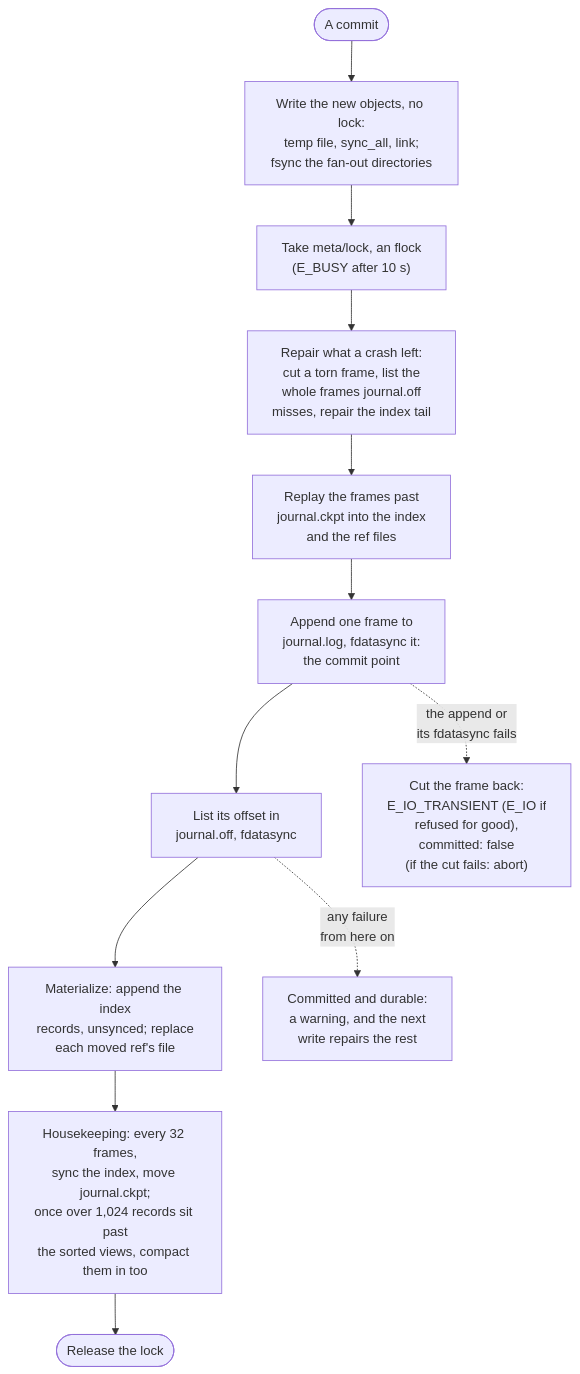
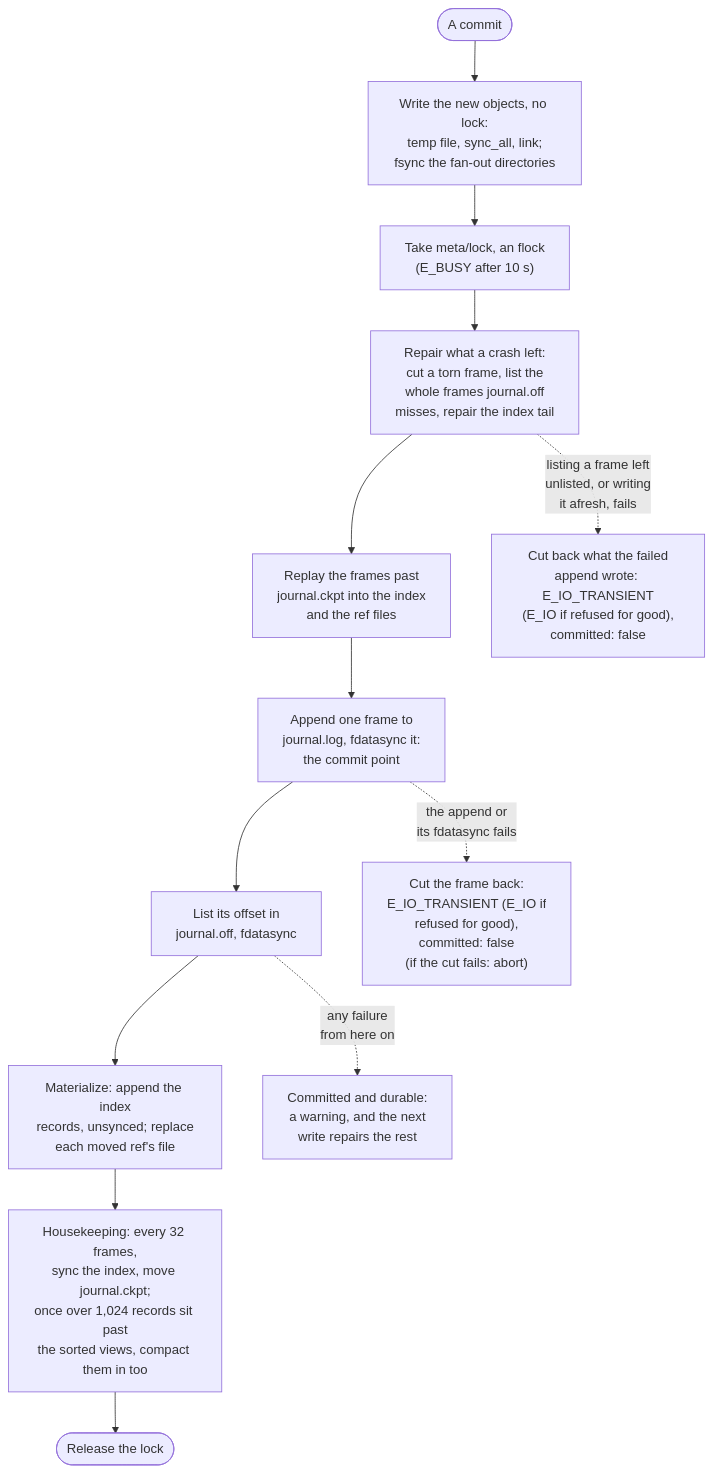
Before and after one commit to KeiaiLab/SwarmOps: the second of 3 diagrams in docs/architecture.md, drawn with Mermaid. The commit also changed other lines of this file and 1 other file, not shown here.

First line of the commit message:
docs: the documents Steps 2b and 2c left behind, the landing check's abort and the tail check's failed listing

````diff
--- a/docs/architecture.md
+++ b/docs/architecture.md
@@ -199,14 +199,15 @@
 ```mermaid
 flowchart TD
   start(["A commit"]) --> objs["Write the new objects, no lock:<br/>temp file, sync_all, link;<br/>fsync the fan-out directories"]
   objs --> lock["Take meta/lock, an flock<br/>(E_BUSY after 10 s)"]
   lock --> repair["Repair what a crash left:<br/>cut a torn frame, list the<br/>whole frames journal.off<br/>misses, repair the index tail"]
   repair --> replay["Replay the frames past<br/>journal.ckpt into the index<br/>and the ref files"]
   replay --> append["Append one frame to<br/>journal.log, fdatasync it:<br/>the commit point"]
   append --> list["List its offset in<br/>journal.off, fdatasync"]
   list --> mat["Materialize: append the index<br/>records, unsynced; replace<br/>each moved ref's file"]
   mat --> settle["Housekeeping: every 32 frames,<br/>sync the index, move journal.ckpt;<br/>once over 1,024 records sit past<br/>the sorted views, compact them in too"]
   settle --> done(["Release the lock"])
   append -. "the append or<br/>its fdatasync fails" .-> cut["Cut the frame back:<br/>E_IO_TRANSIENT (E_IO if<br/>refused for good),<br/>committed: false<br/>(if the cut fails: abort)"]
   list -. "any failure<br/>from here on" .-> warn["Committed and durable:<br/>a warning, and the next<br/>write repairs the rest"]
+  repair -. "listing a frame left<br/>unlisted, or writing<br/>it afresh, fails" .-> notyet["Cut back what the failed<br/>append wrote: E_IO_TRANSIENT<br/>(E_IO if refused for good),<br/>committed: false"]
 ```
````
